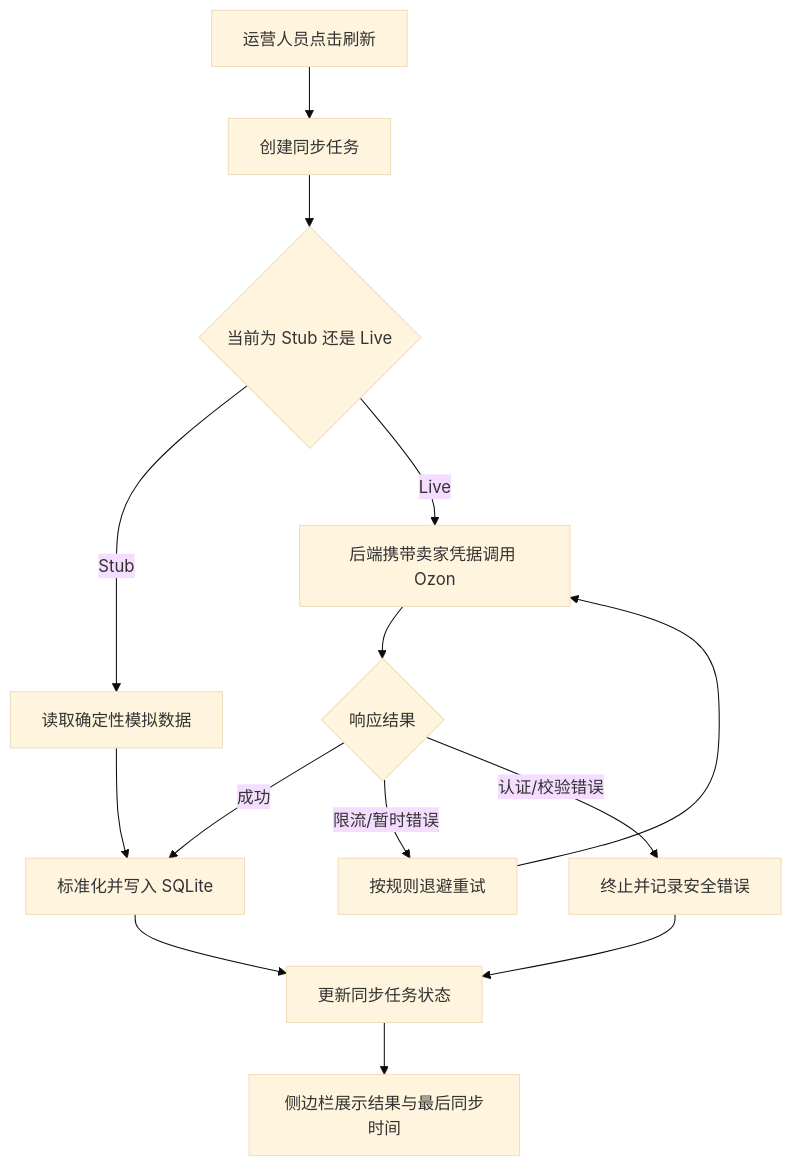
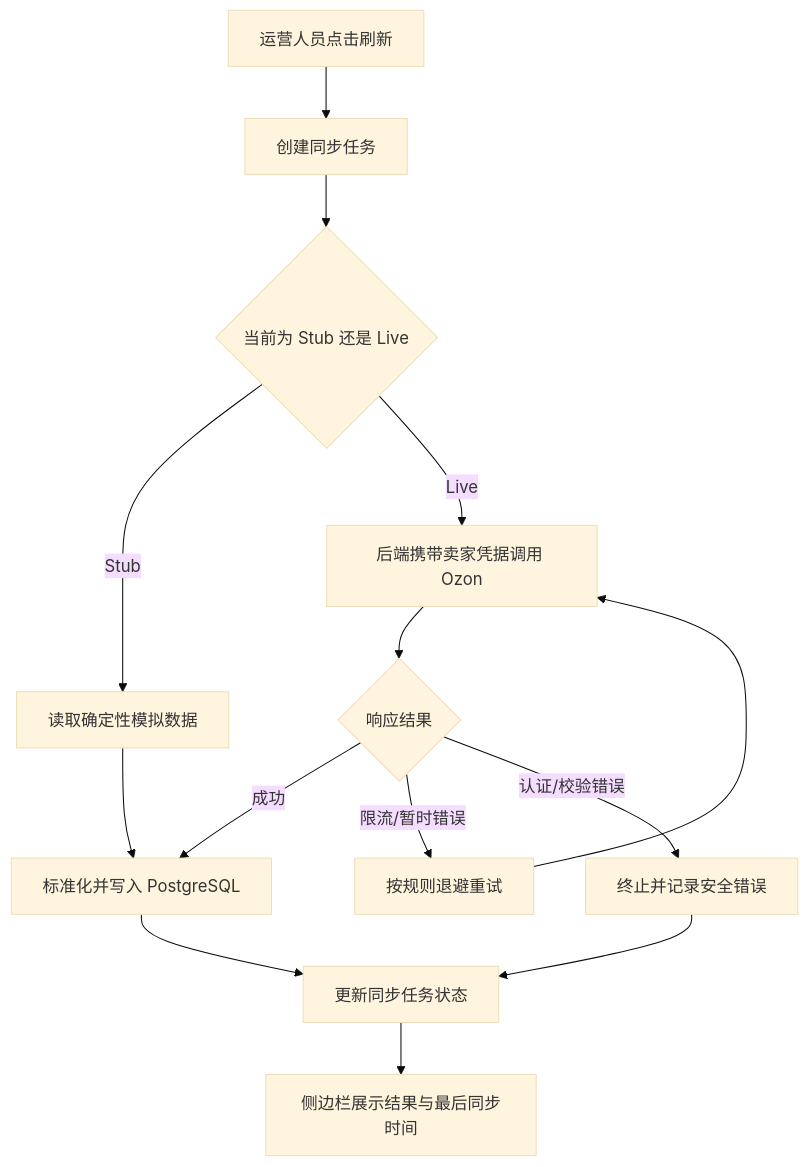
One commit to pengxdCSDN/ozonslj changed the seventh of 9 diagrams in docs/ARCHITECTURE.md. Above: the diagram before and after it, drawn with Mermaid (base theme). The commit also changed other lines of this file and 43 other files, not shown here.

Commit message:
feat: 切换 PostgreSQL 并添加云端部署骨架

````diff
--- a/docs/ARCHITECTURE.md
+++ b/docs/ARCHITECTURE.md
@@ -150,16 +175,16 @@
 ```mermaid
 flowchart TD
     A["运营人员点击刷新"] --> B["创建同步任务"]
     B --> C{"当前为 Stub 还是 Live"}
     C -->|Stub| D["读取确定性模拟数据"]
     C -->|Live| E["后端携带卖家凭据调用 Ozon"]
     E --> F{"响应结果"}
-    F -->|成功| G["标准化并写入 SQLite"]
+    F -->|成功| G["标准化并写入 PostgreSQL"]
     F -->|限流/暂时错误| H["按规则退避重试"]
     F -->|认证/校验错误| I["终止并记录安全错误"]
     D --> G
     H --> E
     G --> J["更新同步任务状态"]
     I --> J
     J --> K["侧边栏展示结果与最后同步时间"]
 ```
````
